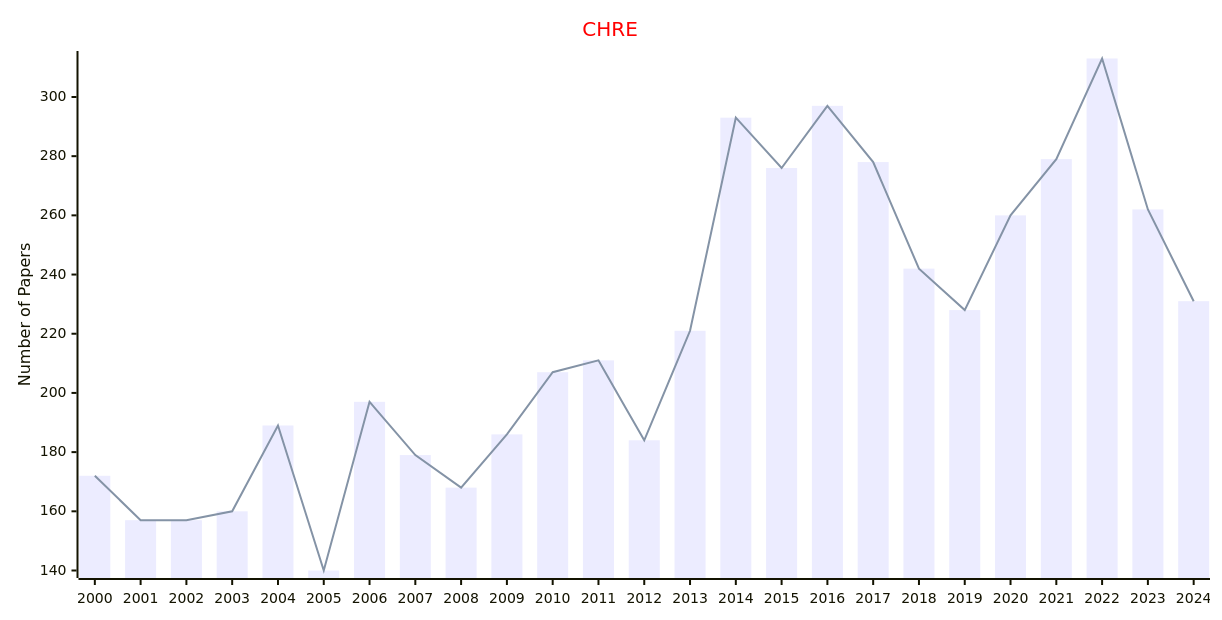
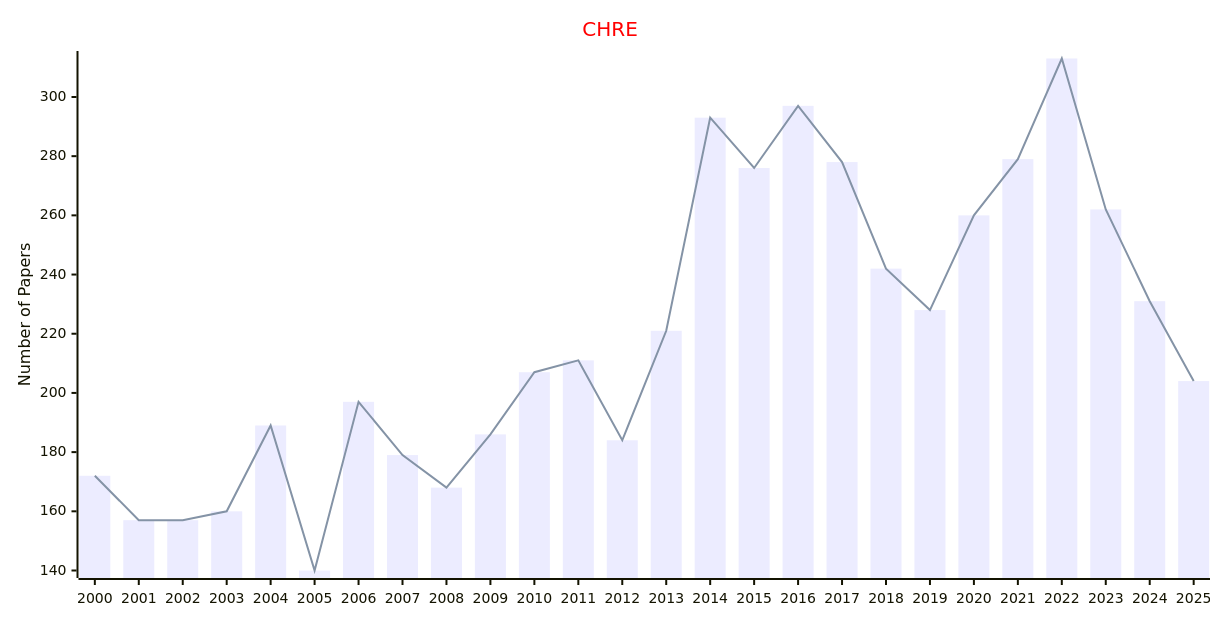
One commit to Easy-PhD/AILinks changed the diagram in docs/data/Journals/Statistics_Journals/Chemical_Reviews.md. Above: the diagram before and after it, drawn with Mermaid. The commit also changed 107 other files, not shown here.

````diff
--- a/docs/data/Journals/Statistics_Journals/Chemical_Reviews.md
+++ b/docs/data/Journals/Statistics_Journals/Chemical_Reviews.md
@@ -9,17 +9,17 @@
 ```mermaid
 ---
 config:
     xyChart:
         width: 1200
         height: 600
     themeVariables:
         xyChart:
             titleColor: "#ff0000"
 ---
 xychart-beta
     title "CHRE"
-    x-axis [2000, 2001, 2002, 2003, 2004, 2005, 2006, 2007, 2008, 2009, 2010, 2011, 2012, 2013, 2014, 2015, 2016, 2017, 2018, 2019, 2020, 2021, 2022, 2023, 2024]
+    x-axis [2000, 2001, 2002, 2003, 2004, 2005, 2006, 2007, 2008, 2009, 2010, 2011, 2012, 2013, 2014, 2015, 2016, 2017, 2018, 2019, 2020, 2021, 2022, 2023, 2024, 2025]
     y-axis "Number of Papers"
-    bar [172, 157, 157, 160, 189, 140, 197, 179, 168, 186, 207, 211, 184, 221, 293, 276, 297, 278, 242, 228, 260, 279, 313, 262, 231]
-    line [172, 157, 157, 160, 189, 140, 197, 179, 168, 186, 207, 211, 184, 221, 293, 276, 297, 278, 242, 228, 260, 279, 313, 262, 231]
+    bar [172, 157, 157, 160, 189, 140, 197, 179, 168, 186, 207, 211, 184, 221, 293, 276, 297, 278, 242, 228, 260, 279, 313, 262, 231, 204]
+    line [172, 157, 157, 160, 189, 140, 197, 179, 168, 186, 207, 211, 184, 221, 293, 276, 297, 278, 242, 228, 260, 279, 313, 262, 231, 204]
 ```
````
